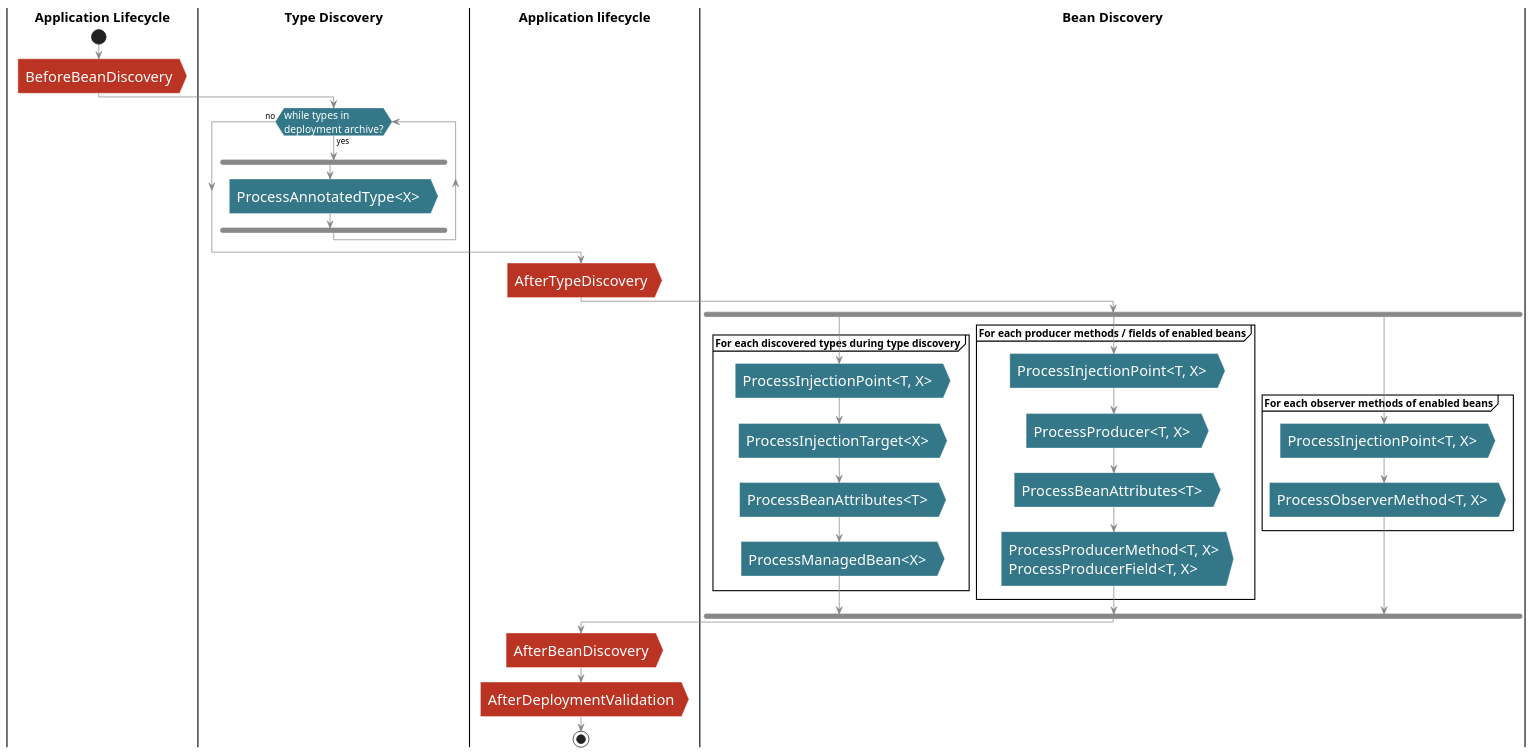
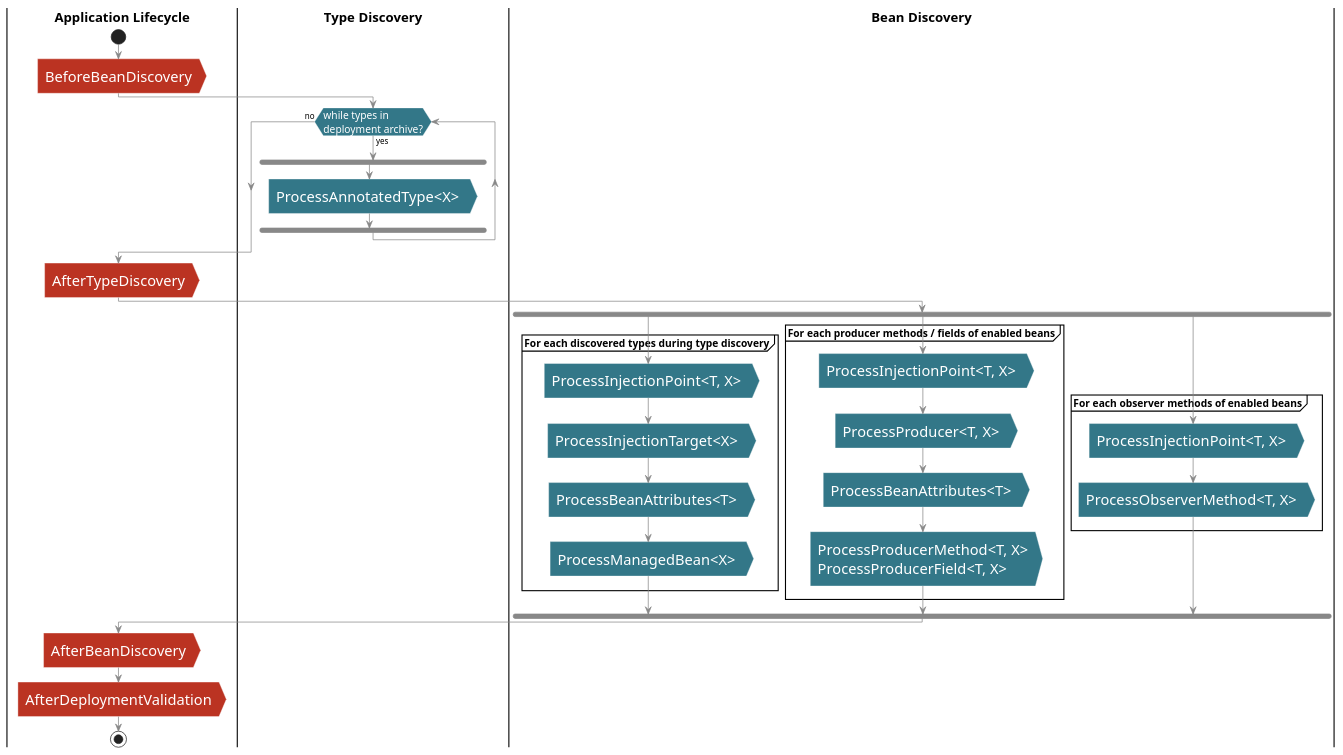
The diagram in parts/lifecycle.adoc (astefanutti/further-cdi), drawn with PlantUML before and after one commit.

Commit message:
Fix swimlane titles

```diff
--- a/parts/lifecycle.adoc
+++ b/parts/lifecycle.adoc
@@ -8,66 +8,66 @@
 [plantuml, "lifecycle-complete", "svg", height="95%"]
 ----
 @startuml
 
 skinparam shadowing false
 skinparam backgroundColor transparent
 skinparam defaultFontName Consolas
 skinparam titleFontSize 30
 
 skinparam activity {
   BackgroundColor #337788
   ArrowColor #888888
   BarColor #888888
   BorderColor White
   FontName Consolas
   FontColor White
   FontSize 20
   DiamondFontSize 14
 }
 
 |**Application Lifecycle**|
 start
 #BB3322:BeforeBeanDiscovery>
 
 |**Type Discovery**|
 
 while (<color:#FFFFFF>while types in</color>\n<color:#FFFFFF>deployment archive?</color>) is (yes)
 fork
     :ProcessAnnotatedType<X> >
 /' fork again
     :ProcessSyntheticAnnotatedType<X> > '/
 end fork
 endwhile (no)
 
-|**Application lifecycle**|
+|**Application Lifecycle**|
 #BB3322:AfterTypeDiscovery>
 
 |**Bean Discovery**|
 fork
 partition "**For each discovered types during type discovery**" {
     :ProcessInjectionPoint<T, X> >
     :ProcessInjectionTarget<X> >
     :ProcessBeanAttributes<T> >
     :ProcessManagedBean<X> >
 }
 fork again
 partition "**For each producer methods / fields of enabled beans**" {
     :ProcessInjectionPoint<T, X> >
     :ProcessProducer<T, X> >
     :ProcessBeanAttributes<T> >
     :ProcessProducerMethod<T, X>\nProcessProducerField<T, X> >
 }
 fork again
 partition "**For each observer methods of enabled beans**" {
     :ProcessInjectionPoint<T, X> >
     :ProcessObserverMethod<T, X> >
 }
 end fork
 
-|**Application lifecycle**|
+|**Application Lifecycle**|
 #BB3322:AfterBeanDiscovery>
 #BB3322:AfterDeploymentValidation>
 stop
 
 @enduml
 ----
```
